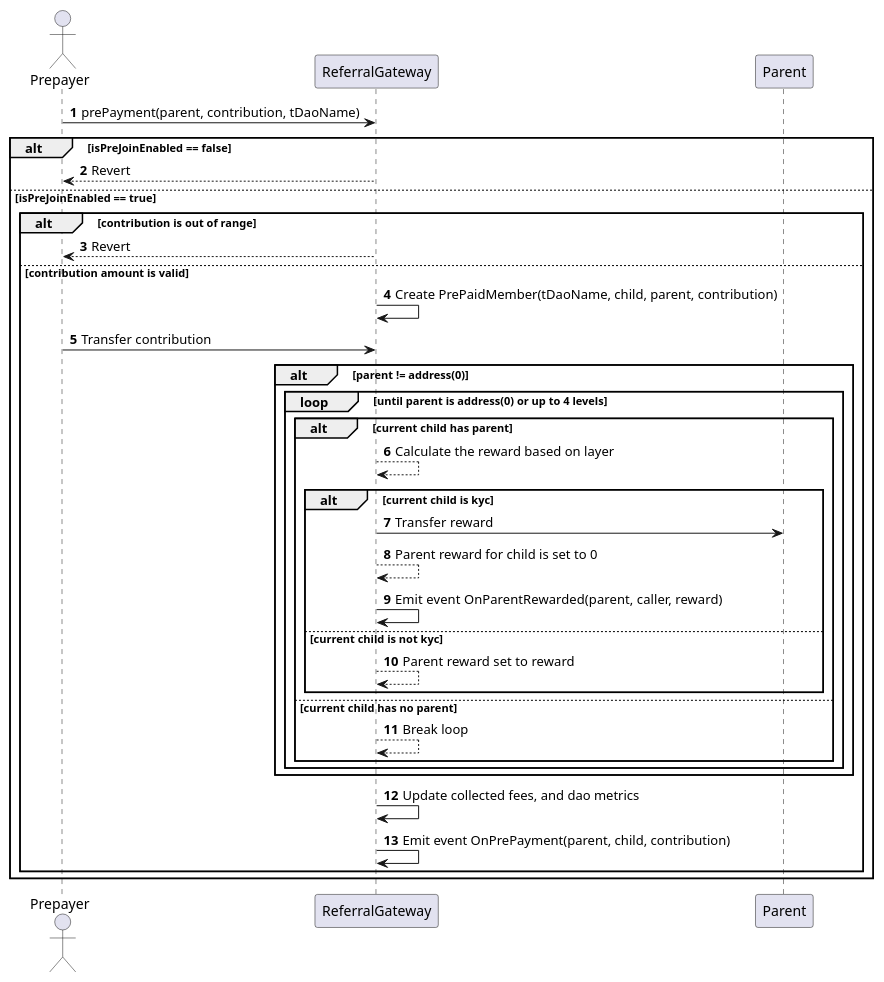
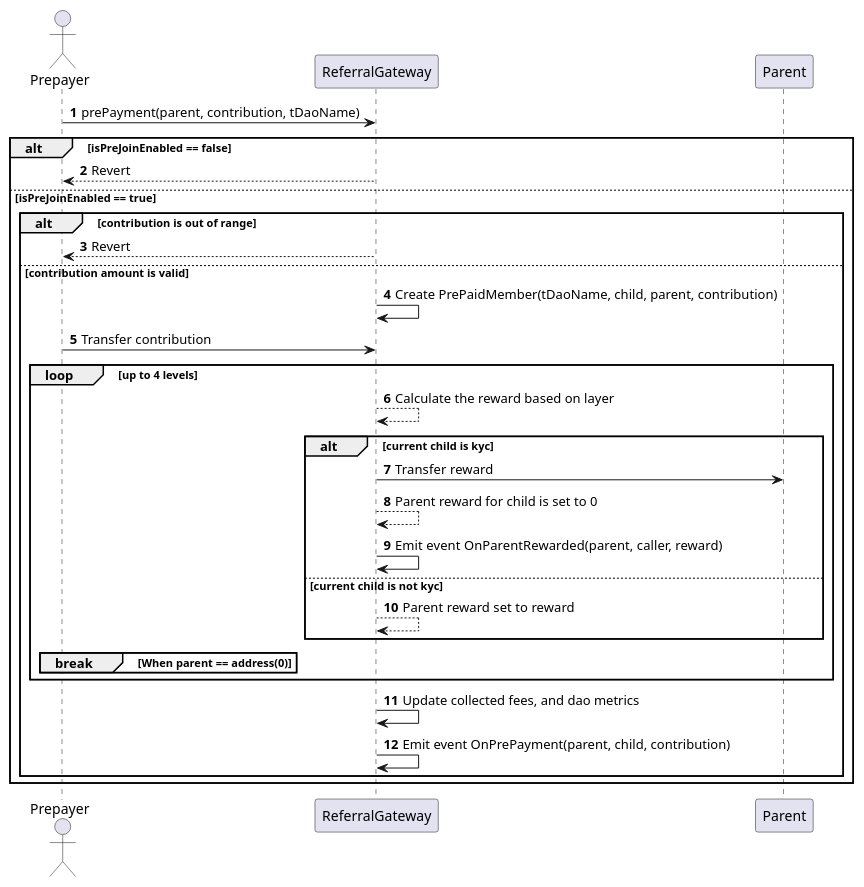
Before and after one commit to TakafulDAO/takasure.sc: the diagram in docs/sequence_diagrams/ReferralGateway/referral-prepayments.puml, drawn with PlantUML.

Commit message:
chore: refactor

```diff
--- a/docs/sequence_diagrams/ReferralGateway/referral-prepayments.puml
+++ b/docs/sequence_diagrams/ReferralGateway/referral-prepayments.puml
@@ -1,48 +1,41 @@
 @startuml Referrals and Prepayments
 autonumber
 
 actor Prepayer
 
 Prepayer -> ReferralGateway: prePayment(parent, contribution, tDaoName)
 
 alt isPreJoinEnabled == false
     ReferralGateway --> Prepayer: Revert
 
 else isPreJoinEnabled == true
 
     alt contribution is out of range
         ReferralGateway --> Prepayer: Revert
 
     else contribution amount is valid
         ReferralGateway -> ReferralGateway: Create PrePaidMember(tDaoName, child, parent, contribution)
         Prepayer -> ReferralGateway: Transfer contribution
 
-        alt parent != address(0)
+        loop up to 4 levels
+            ReferralGateway --> ReferralGateway: Calculate the reward based on layer
+                    
+            alt current child is kyc
+                ReferralGateway -> Parent: Transfer reward
+                ReferralGateway --> ReferralGateway: Parent reward for child is set to 0
+                ReferralGateway -> ReferralGateway: Emit event OnParentRewarded(parent, caller, reward)
+                    
+            else current child is not kyc
+                ReferralGateway --> ReferralGateway: Parent reward set to reward                   
+            end
 
-            loop until parent is address(0) or up to 4 levels
-
-                alt current child has parent
-                    ReferralGateway --> ReferralGateway: Calculate the reward based on layer
-                    
-                    alt current child is kyc
-                        ReferralGateway -> Parent: Transfer reward
-                        ReferralGateway --> ReferralGateway: Parent reward for child is set to 0
-                        ReferralGateway -> ReferralGateway: Emit event OnParentRewarded(parent, caller, reward)
-                    
-                    else current child is not kyc
-                        ReferralGateway --> ReferralGateway: Parent reward set to reward                   
-                    end
-
-                else current child has no parent
-                    ReferralGateway --> ReferralGateway: Break loop
-
-                end
-            end
+        break When parent == address(0)
         end
+    end
         
         ReferralGateway -> ReferralGateway: Update collected fees, and dao metrics
         ReferralGateway -> ReferralGateway: Emit event OnPrePayment(parent, child, contribution)
     end
 end
 
 @enduml    
```
